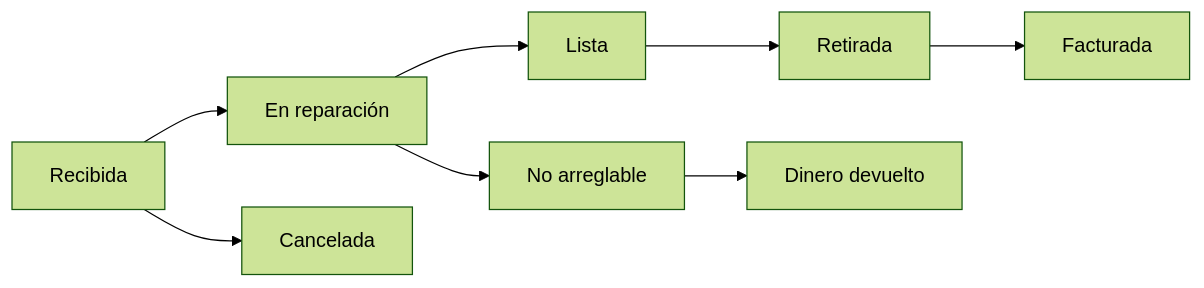
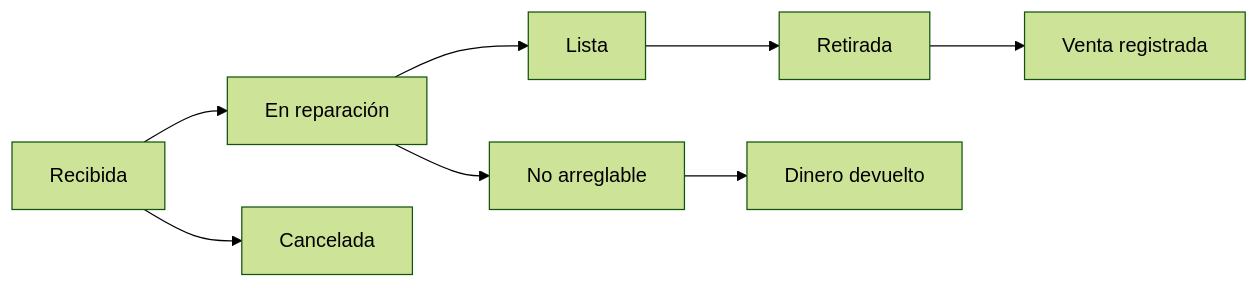
Before and after one commit to Amade0o/gmSolTec: the first of 2 diagrams in CLAUDE/stack_tecnologico.md, drawn with Mermaid (forest theme). The commit also changed other lines of this file and 5 other files, not shown here.

````diff
--- a/CLAUDE/stack_tecnologico.md
+++ b/CLAUDE/stack_tecnologico.md
@@ -102,10 +102,10 @@
 ```mermaid
 flowchart LR
   R[Recibida] --> E[En reparación]
   E --> L[Lista]
   L --> T[Retirada]
-  T --> F[Facturada]
+  T --> F[Venta registrada]
   E --> NA[No arreglable]
   NA --> D[Dinero devuelto]
   R --> C[Cancelada]
 ```
````
